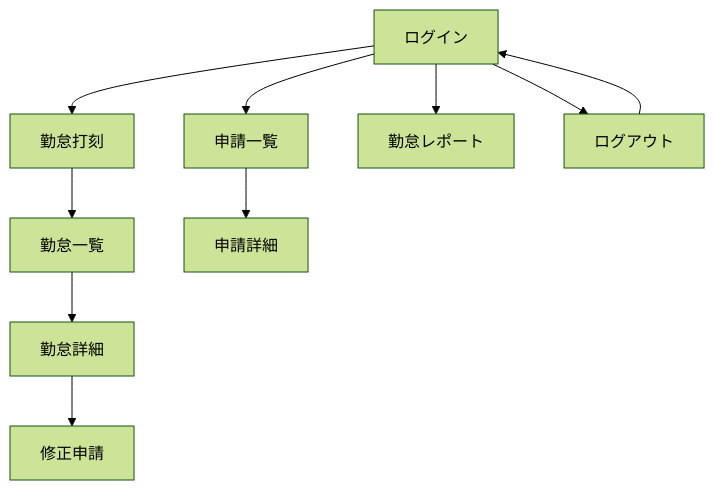
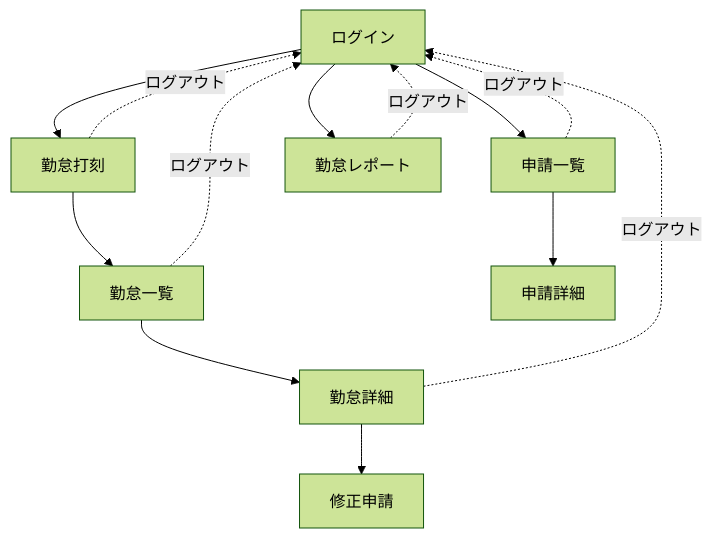
The first of 2 diagrams in docs/screen-transition.md (aridome-sashizume/attendance-app), drawn with Mermaid (forest theme) before and after one commit. The commit also changed other lines of this file, not shown here.

Commit message:
Modify logout transitions in screen-transition.md
Updated screen transition diagram to reflect logout transitions.

````diff
--- a/docs/screen-transition.md
+++ b/docs/screen-transition.md
@@ -5,18 +5,21 @@
 ```mermaid
 flowchart TD
 
 A[ログイン]
 --> B[勤怠打刻]
 
 B --> C[勤怠一覧]
 C --> D[勤怠詳細]
 D --> E[修正申請]
 
 A --> F[申請一覧]
 F --> G[申請詳細]
 
 A --> H[勤怠レポート]
 
-A --> I[ログアウト]
-I --> A
+B -.ログアウト.-> A
+C -.ログアウト.-> A
+D -.ログアウト.-> A
+F -.ログアウト.-> A
+H -.ログアウト.-> A
 ```
````
